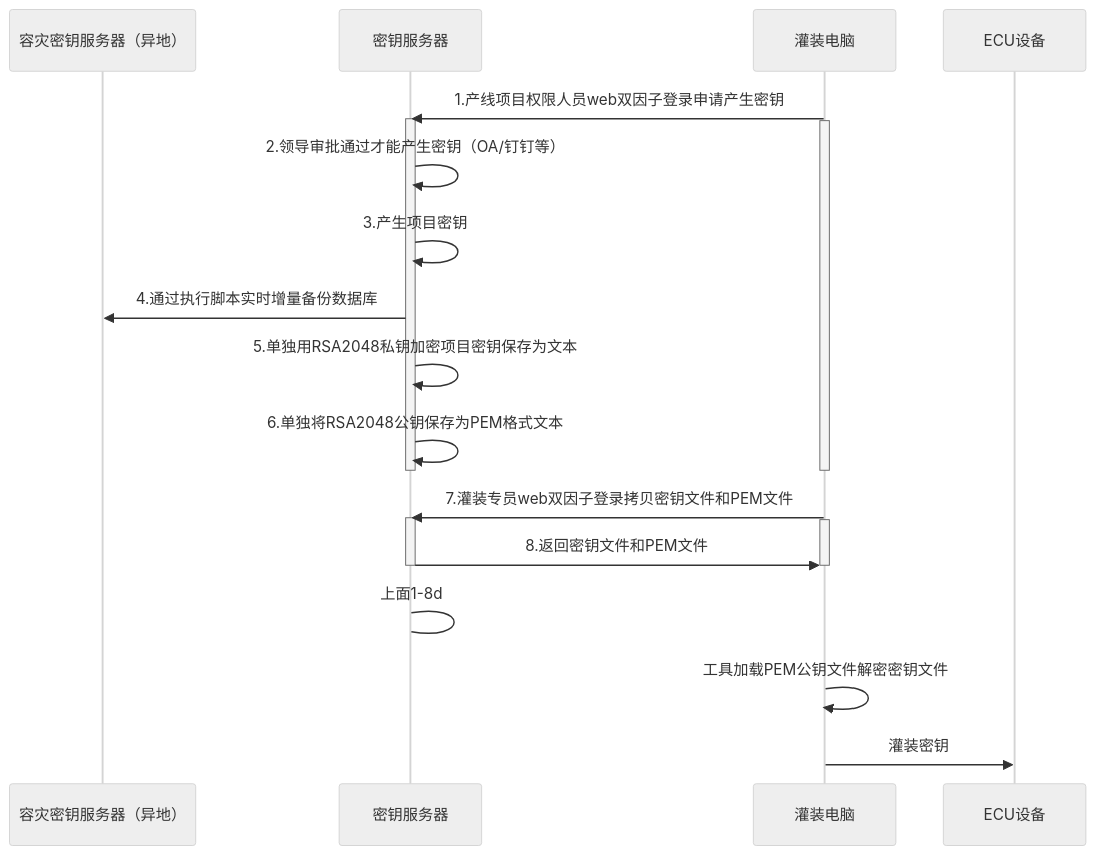
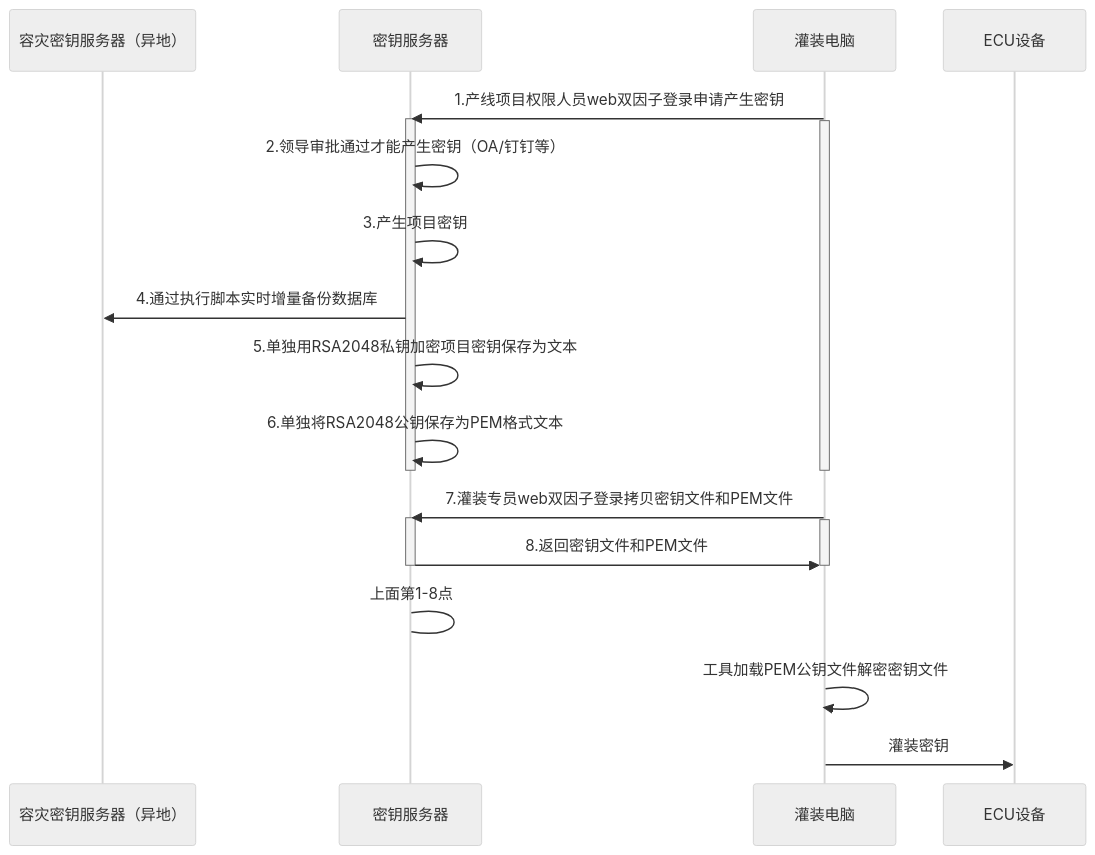
One commit to facebook-cloud/iodraw-files changed the diagram in all/未命名-15.md. Above: the diagram before and after it, drawn with Mermaid (neutral theme).

Commit message:
2026-02-11 19:54:31 update

````diff
--- a/all/未命名-15.md
+++ b/all/未命名-15.md
@@ -1,32 +1,32 @@
 ```mermaid
 sequenceDiagram
     participant A as 容灾密钥服务器（异地）
     participant B as 密钥服务器
     participant D as 灌装电脑
     participant E as ECU设备
 
     
     D->>B: 1.产线项目权限人员web双因子登录申请产生密钥
     activate B
     activate D
     B->>B: 2.领导审批通过才能产生密钥（OA/钉钉等）
     B->>B: 3.产生项目密钥
     B->>A: 4.通过执行脚本实时增量备份数据库
     B->>B: 5.单独用RSA2048私钥加密项目密钥保存为文本
     B->>B: 6.单独将RSA2048公钥保存为PEM格式文本
     deactivate B
     deactivate D
 
     
     D->>B: 7.灌装专员web双因子登录拷贝密钥文件和PEM文件
     activate B
     activate D
     B->>D: 8.返回密钥文件和PEM文件
     deactivate B
     deactivate D
-    B->B: 上面1-8d
+    B->B: 上面第1-8点
 
     D->>D:工具加载PEM公钥文件解密密钥文件
     
     D->>E: 灌装密钥
 ```
````
